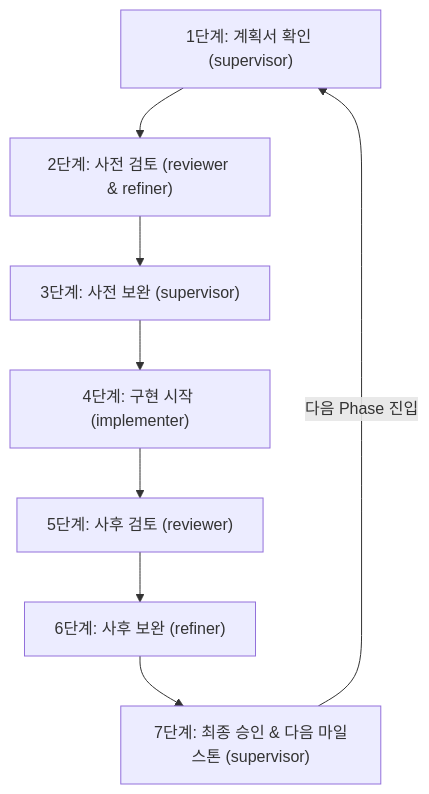
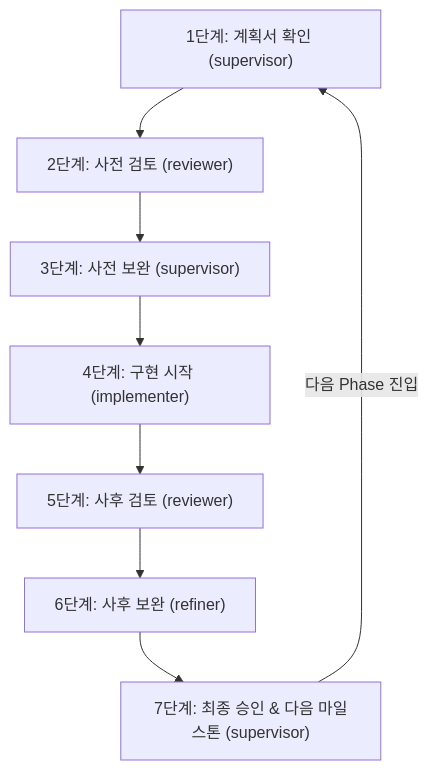
One commit to Hashil3503/Talklite changed the diagram in AGENTS.md. Above: the diagram before and after it, drawn with Mermaid. The commit also changed other lines of this file and 1 other file, not shown here.

Commit message:
docs(rules): clarify reviewer (review-only) and refiner (refine-only) strict role separation

````diff
--- a/AGENTS.md
+++ b/AGENTS.md
@@ -25,10 +25,10 @@
 ```mermaid
 graph TD
-    S1["1단계: 계획서 확인 (supervisor)"] --> S2["2단계: 사전 검토 (reviewer & refiner)"]
+    S1["1단계: 계획서 확인 (supervisor)"] --> S2["2단계: 사전 검토 (reviewer)"]
     S2 --> S3["3단계: 사전 보완 (supervisor)"]
     S3 --> S4["4단계: 구현 시작 (implementer)"]
     S4 --> S5["5단계: 사후 검토 (reviewer)"]
     S5 --> S6["6단계: 사후 보완 (refiner)"]
     S6 --> S7["7단계: 최종 승인 & 다음 마일스톤 (supervisor)"]
     S7 -->|다음 Phase 진입| S1
 ```
````
